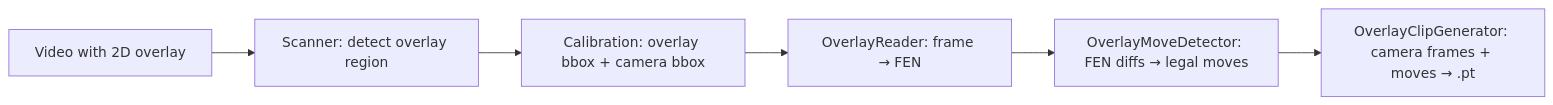
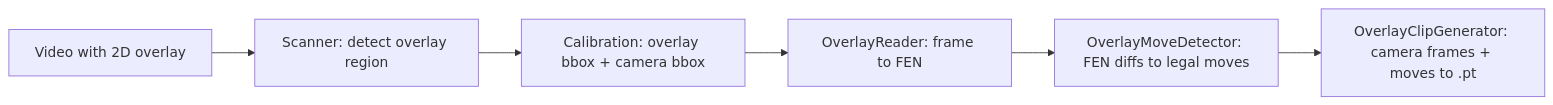
The fourth of 9 diagrams in README.md (dscape/argus), drawn with Mermaid before and after one commit. The commit also changed other lines of this file and 6 other files, not shown here.

````diff
--- a/README.md
+++ b/README.md
@@ -203,8 +256,8 @@
 ```mermaid
 graph LR
-    V[Video with 2D overlay] --> S[Scanner: detect overlay region]
-    S --> C[Calibration: overlay bbox + camera bbox]
-    C --> R[OverlayReader: frame → FEN]
-    R --> M[OverlayMoveDetector: FEN diffs → legal moves]
-    M --> CG[OverlayClipGenerator: camera frames + moves → .pt]
+    V[Video with 2D overlay] --> S["Scanner: detect overlay region"]
+    S --> C["Calibration: overlay bbox + camera bbox"]
+    C --> R["OverlayReader: frame to FEN"]
+    R --> M["OverlayMoveDetector: FEN diffs to legal moves"]
+    M --> CG["OverlayClipGenerator: camera frames + moves to .pt"]
 ```
````
